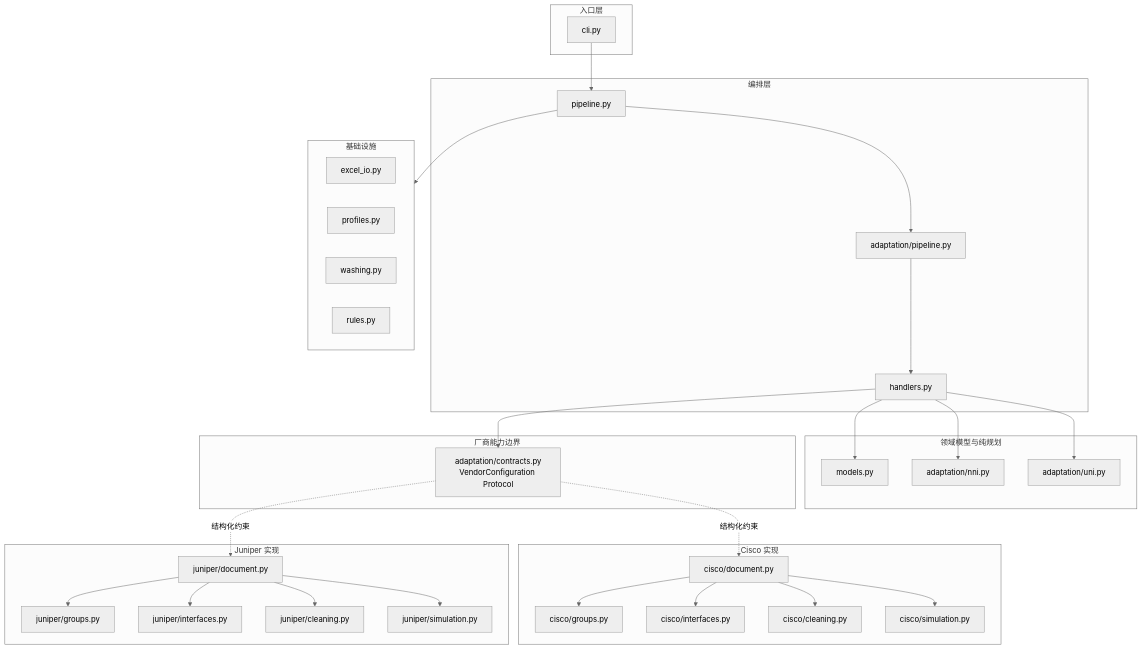
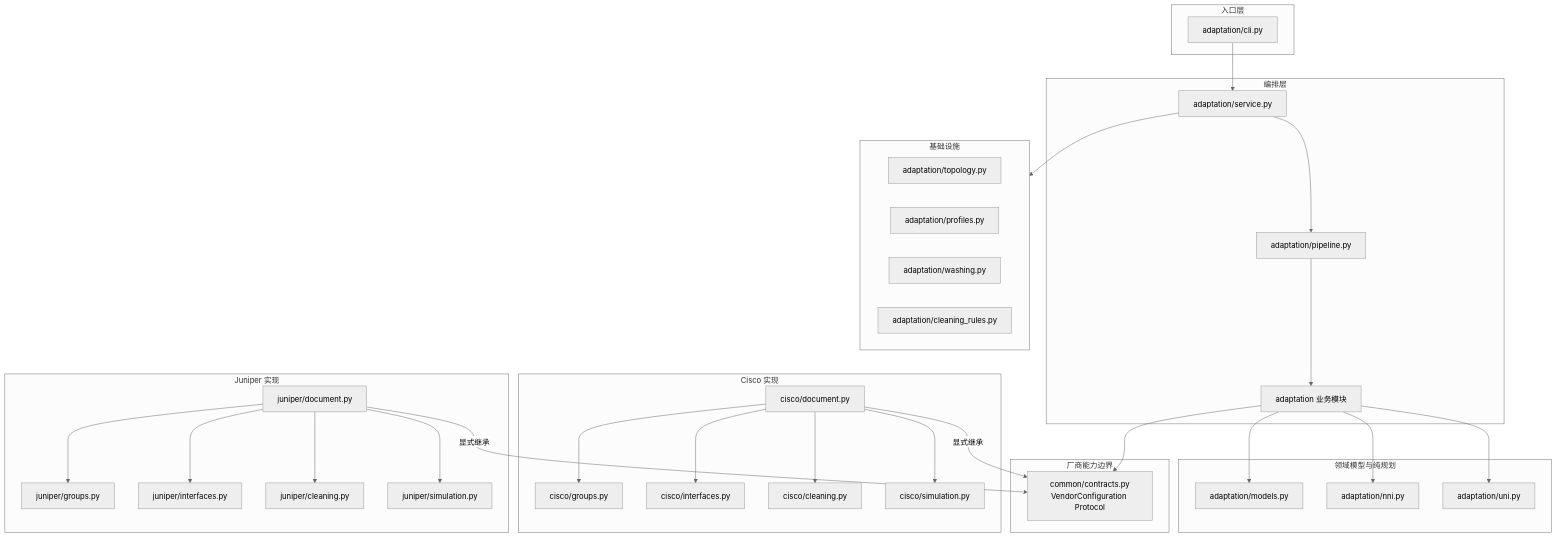
Before and after one commit to xiaobaozi01/config-mapping: the fifth of 12 diagrams in docs/onboarding-guide.md, drawn with Mermaid (neutral theme). The commit also changed other lines of this file and 8 other files, not shown here.

````diff
--- a/docs/onboarding-guide.md
+++ b/docs/onboarding-guide.md
@@ -231,64 +231,64 @@
 ```mermaid
 flowchart TB
     subgraph Delivery[入口层]
-        CLI[cli.py]
+        CLI[adaptation/cli.py]
     end
 
     subgraph Orchestration[编排层]
-        Entry[pipeline.py]
-        Handlers[handlers.py]
+        Entry[adaptation/service.py]
+        Stages[adaptation 业务模块]
         AppPipe[adaptation/pipeline.py]
     end
 
     subgraph Domain[领域模型与纯规划]
-        Models[models.py]
+        Models[adaptation/models.py]
         NniPlan[adaptation/nni.py]
         Vlan[adaptation/uni.py]
     end
 
     subgraph Port[厂商能力边界]
-        API[adaptation/contracts.py<br/>VendorConfiguration Protocol]
+        API[common/contracts.py<br/>VendorConfiguration Protocol]
     end
 
     subgraph Cisco[Cisco 实现]
         CiscoParser[cisco/document.py]
         CiscoGroups[cisco/groups.py]
         CiscoInterfaces[cisco/interfaces.py]
         CiscoCleaning[cisco/cleaning.py]
         CiscoSimulation[cisco/simulation.py]
     end
 
     subgraph Juniper[Juniper 实现]
         JunosParser[juniper/document.py]
         JunosGroups[juniper/groups.py]
         JunosInterfaces[juniper/interfaces.py]
         JunosCleaning[juniper/cleaning.py]
         JunosSimulation[juniper/simulation.py]
     end
 
     subgraph IO[基础设施]
-        Excel[excel_io.py]
-        Profiles[profiles.py]
-        Washing[washing.py]
-        Rules[rules.py]
+        Excel[adaptation/topology.py]
+        Profiles[adaptation/profiles.py]
+        Washing[adaptation/washing.py]
+        Rules[adaptation/cleaning_rules.py]
     end
 
     CLI --> Entry
     Entry --> IO
     Entry --> AppPipe
-    AppPipe --> Handlers
-    Handlers --> Models
-    Handlers --> NniPlan
-    Handlers --> Vlan
-    Handlers --> API
-    API -.结构化约束.-> CiscoParser
-    API -.结构化约束.-> JunosParser
+    AppPipe --> Stages
+    Stages --> Models
+    Stages --> NniPlan
+    Stages --> Vlan
+    Stages --> API
+    CiscoParser -->|显式继承| API
+    JunosParser -->|显式继承| API
     CiscoParser --> CiscoGroups
     CiscoParser --> CiscoInterfaces
     CiscoParser --> CiscoCleaning
     CiscoParser --> CiscoSimulation
     JunosParser --> JunosGroups
     JunosParser --> JunosInterfaces
     JunosParser --> JunosCleaning
     JunosParser --> JunosSimulation
 ```
````
